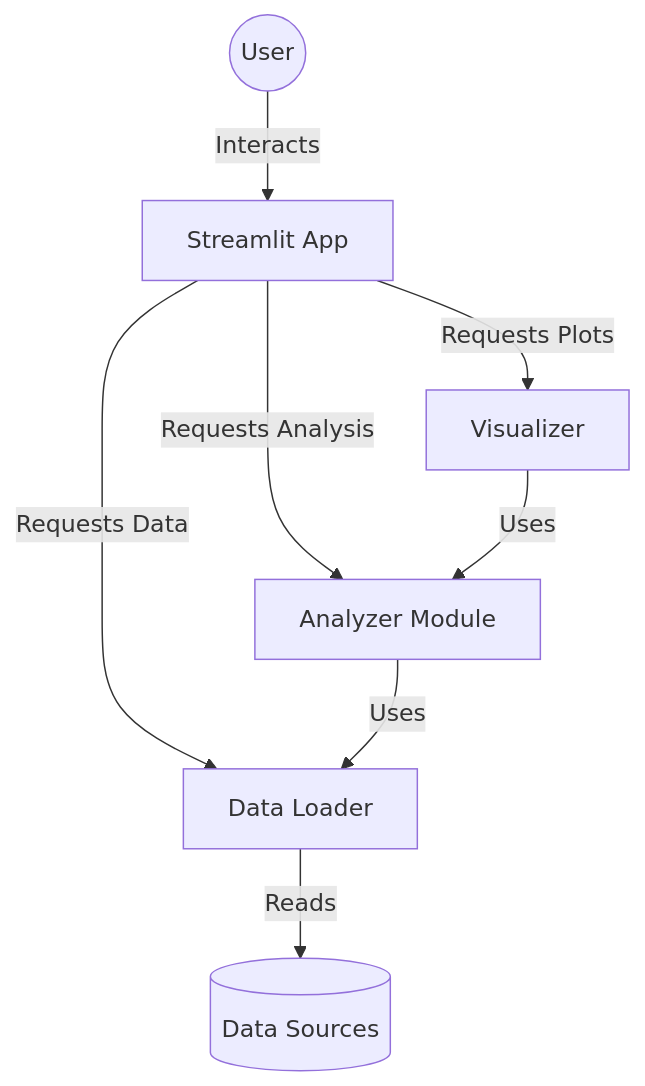
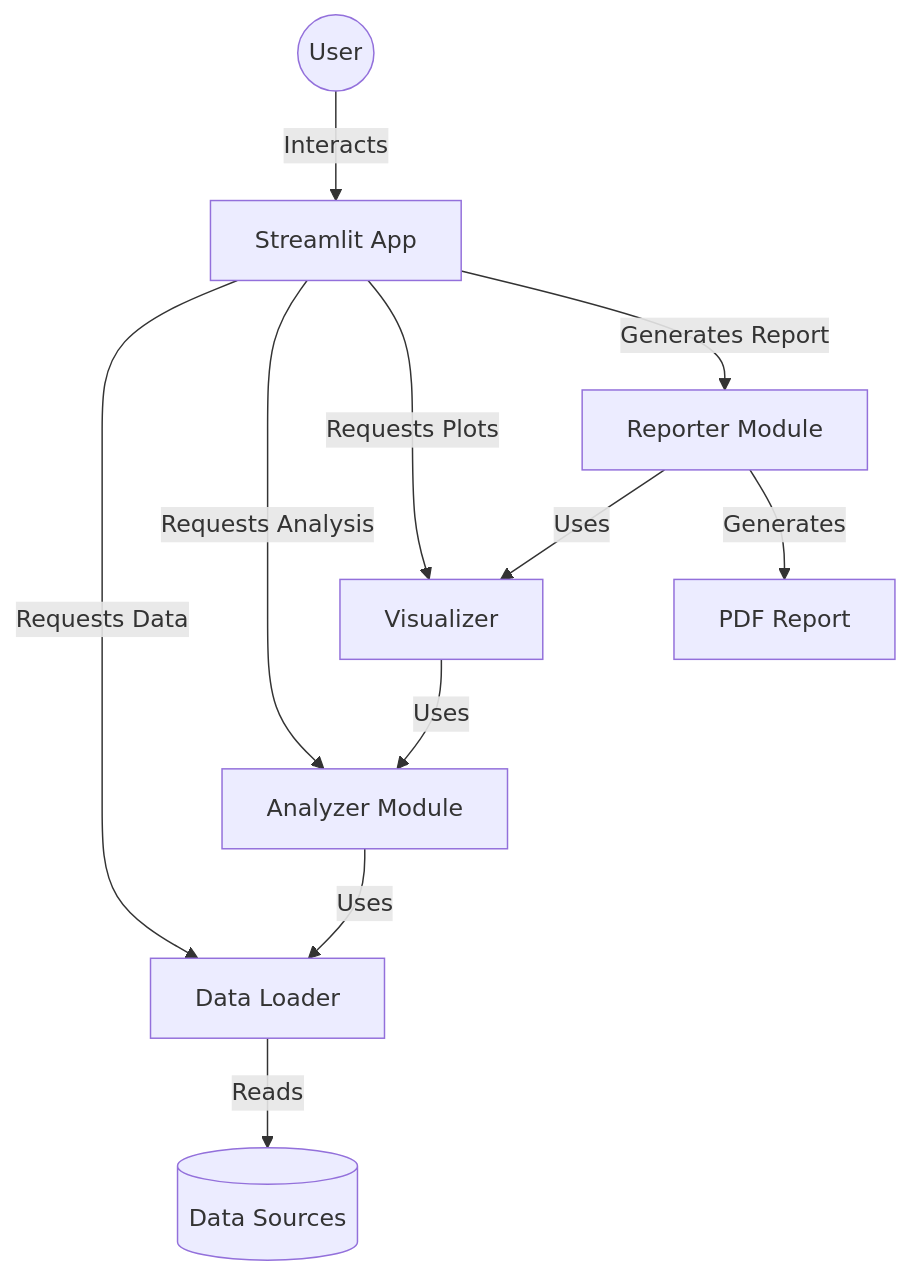
Before and after one commit to kraken77/fveAnalyzator: the diagram in README.md, drawn with Mermaid. The commit also changed other lines of this file and 7 other files, not shown here.

````diff
--- a/README.md
+++ b/README.md
@@ -46,17 +48,22 @@
 ```mermaid
 graph TD
     User((User))
     Streamlit[Streamlit App]
     Analyzer[Analyzer Module]
     DataLoader[Data Loader]
     Visualizer[Visualizer]
+    Reporter[Reporter Module]
     Data[(Data Sources)]
+    PDF[PDF Report]
 
     User -->|Interacts| Streamlit
     Streamlit -->|Requests Data| DataLoader
     Streamlit -->|Requests Analysis| Analyzer
     Streamlit -->|Requests Plots| Visualizer
+    Streamlit -->|Generates Report| Reporter
     DataLoader -->|Reads| Data
     Analyzer -->|Uses| DataLoader
     Visualizer -->|Uses| Analyzer
+    Reporter -->|Uses| Visualizer
+    Reporter -->|Generates| PDF
 ```
````
